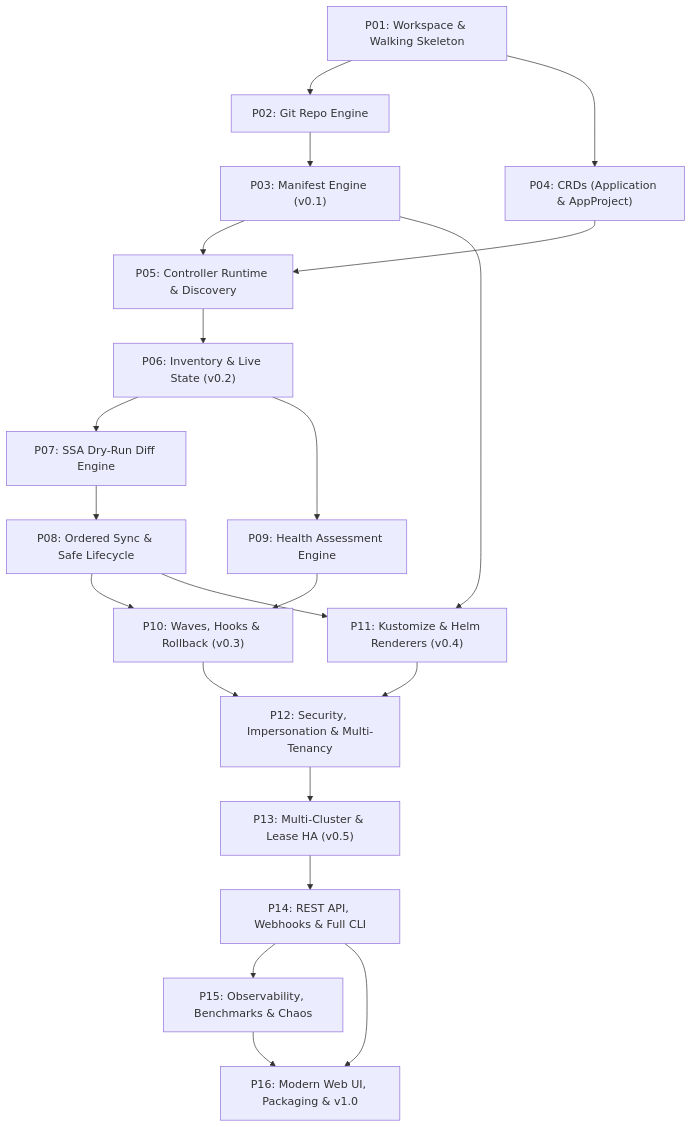
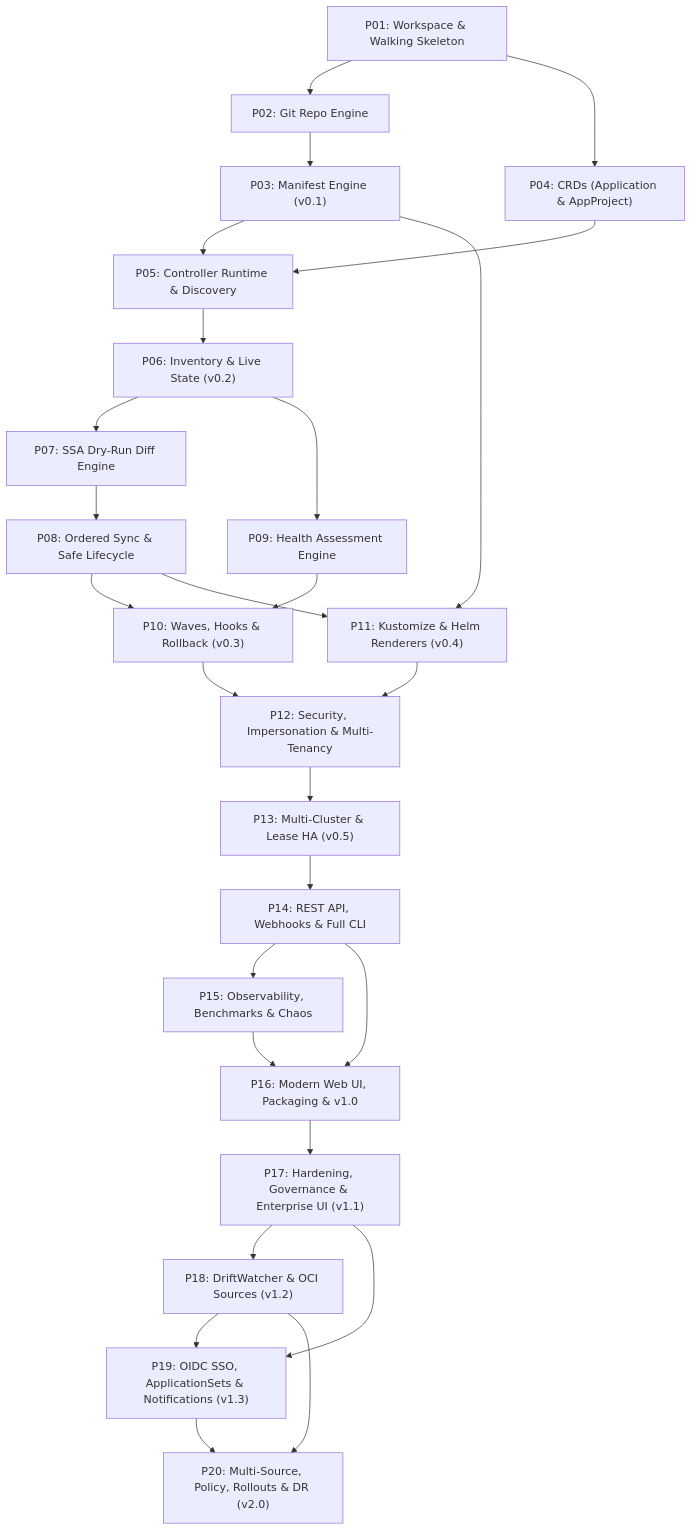
The diagram in docs/ROADMAP.md (tuantran0910/ferris-cd), drawn with Mermaid before and after one commit. The commit also changed other lines of this file and 1 other file, not shown here.

First line of the commit message:
docs(docs): extend roadmap with post-v1.0 enterprise evolution track (#40)

````diff
--- a/docs/ROADMAP.md
+++ b/docs/ROADMAP.md
@@ -25,23 +31,29 @@
 ```mermaid
 flowchart TD
     P01["P01: Workspace & Walking Skeleton"] --> P02["P02: Git Repo Engine"]
     P02 --> P03["P03: Manifest Engine (v0.1)"]
     P01 --> P04["P04: CRDs (Application & AppProject)"]
     P03 --> P05["P05: Controller Runtime & Discovery"]
     P04 --> P05
     P05 --> P06["P06: Inventory & Live State (v0.2)"]
     P06 --> P07["P07: SSA Dry-Run Diff Engine"]
     P07 --> P08["P08: Ordered Sync & Safe Lifecycle"]
     P06 --> P09["P09: Health Assessment Engine"]
     P08 --> P10["P10: Waves, Hooks & Rollback (v0.3)"]
     P09 --> P10
     P03 --> P11["P11: Kustomize & Helm Renderers (v0.4)"]
     P08 --> P11
     P10 --> P12["P12: Security, Impersonation & Multi-Tenancy"]
     P11 --> P12
     P12 --> P13["P13: Multi-Cluster & Lease HA (v0.5)"]
     P13 --> P14["P14: REST API, Webhooks & Full CLI"]
     P14 --> P15["P15: Observability, Benchmarks & Chaos"]
     P14 --> P16["P16: Modern Web UI, Packaging & v1.0"]
     P15 --> P16
+    P16 --> P17["P17: Hardening, Governance & Enterprise UI (v1.1)"]
+    P17 --> P18["P18: DriftWatcher & OCI Sources (v1.2)"]
+    P17 --> P19["P19: OIDC SSO, ApplicationSets & Notifications (v1.3)"]
+    P18 --> P19
+    P18 --> P20["P20: Multi-Source, Policy, Rollouts & DR (v2.0)"]
+    P19 --> P20
 ```
````
